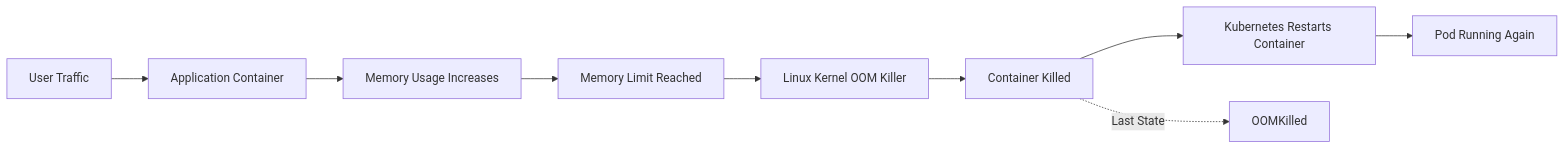
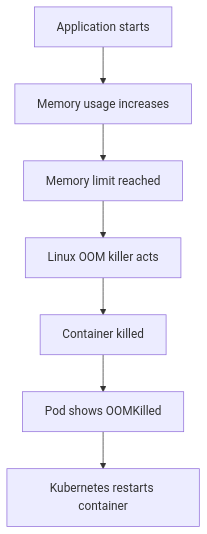
Before and after one commit to lingarajayli/devsecops-platform: the first of 2 diagrams in docs/incidents/004-oomkilled.md, drawn with Mermaid. The commit also changed other lines of this file, not shown here.

Commit message:
docs: improve OOMKilled diagrams

````diff
--- a/docs/incidents/004-oomkilled.md
+++ b/docs/incidents/004-oomkilled.md
@@ -33,12 +35,17 @@
 ```mermaid
-flowchart LR
-    User[User Traffic] --> App[Application Container]
-    App --> Memory[Memory Usage Increases]
-    Memory --> Limit[Memory Limit Reached]
-    Limit --> Kernel[Linux Kernel OOM Killer]
-    Kernel --> Kill[Container Killed]
-    Kill --> Restart[Kubernetes Restarts Container]
-    Restart --> Pod[Pod Running Again]
+flowchart TD
+    A[Application starts]
+    B[Memory usage increases]
+    C[Memory limit reached]
+    D[Linux OOM killer acts]
+    E[Container killed]
+    F[Pod shows OOMKilled]
+    G[Kubernetes restarts container]
 
-    Kill -. Last State .-> OOM[OOMKilled]
+    A --> B
+    B --> C
+    C --> D
+    D --> E
+    E --> F
+    F --> G
 ```
````
